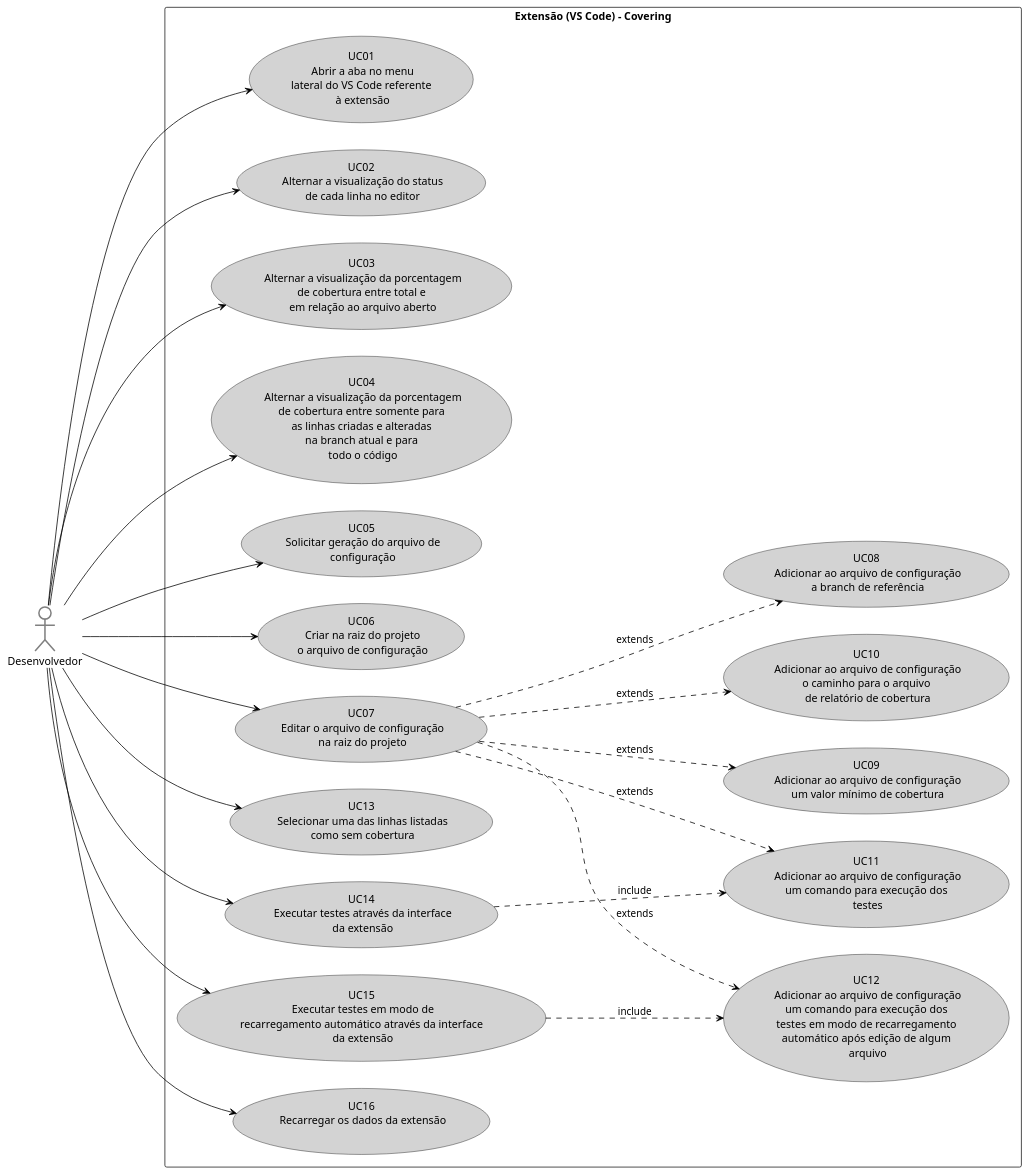
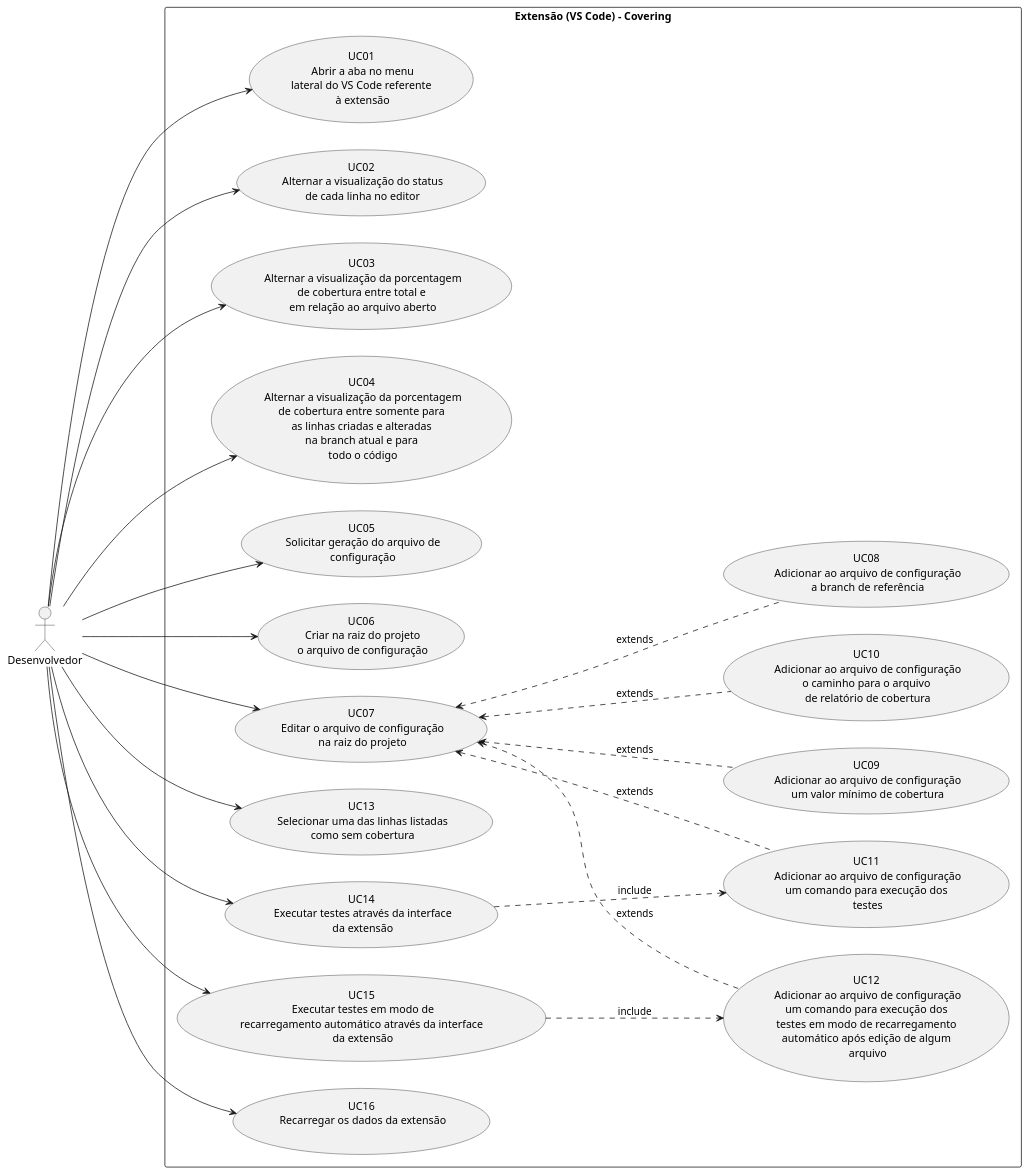
The diagram in Artefatos/Diagrama de Caso de Uso/PlantUML/use-case-diagram.plantuml (ICEI-PUC-Minas-PPLES-TI/plf-es-2022-1-tcci-5308100-dev-arthur-rocha-guilherme-oliveira), drawn with PlantUML before and after one commit. The commit also changed 2 other files, not shown here.

Commit message:
:books: docs: Updating use case diagram
:books: docs: : Updating user case diagram

```diff
--- a/Artefatos/Diagrama de Caso de Uso/PlantUML/use-case-diagram.plantuml
+++ b/Artefatos/Diagrama de Caso de Uso/PlantUML/use-case-diagram.plantuml
@@ -1,59 +1,59 @@
 @startuml
 
 left to right direction
 skinparam packageStyle rectangle
 
-"Desenvolvedor" as Dev #white;line:grey;line.bold;text:black
+"Desenvolvedor" as Dev 
 
 package "Extensão (VS Code) - Covering" {
-  "UC01\n Abrir a aba no menu\n lateral do VS Code referente \n à extensão" as (UC01) #LightGray;line:black;text:black
+  "UC01\n Abrir a aba no menu\n lateral do VS Code referente \n à extensão" as (UC01)
   
-  "UC02\n Alternar a visualização do status\n de cada linha no editor" as (UC02) #LightGray;line:black;text:black
-  "UC03\n Alternar a visualização da porcentagem\n de cobertura entre total e \n em relação ao arquivo aberto" as (UC03) #LightGray;line:black;text:black
-  "UC04\n Alternar a visualização da porcentagem\n de cobertura entre somente para \n as linhas criadas e alteradas \n na branch atual e para \n todo o código" as (UC04) #LightGray;line:black;text:black
+  "UC02\n Alternar a visualização do status\n de cada linha no editor" as (UC02)
+  "UC03\n Alternar a visualização da porcentagem\n de cobertura entre total e \n em relação ao arquivo aberto" as (UC03)
+  "UC04\n Alternar a visualização da porcentagem\n de cobertura entre somente para \n as linhas criadas e alteradas \n na branch atual e para \n todo o código" as (UC04)
   
-  "UC05\n Solicitar geração do arquivo de\n configuração" as (UC05) #LightGray;line:black;text:black
-  "UC06\n Criar na raiz do projeto\n o arquivo de configuração" as (UC06) #LightGray;line:black;text:black
-  "UC07\n Editar o arquivo de configuração\n na raiz do projeto" as (UC07) #LightGray;line:black;text:black
+  "UC05\n Solicitar geração do arquivo de\n configuração" as (UC05)
+  "UC06\n Criar na raiz do projeto\n o arquivo de configuração" as (UC06)
+  "UC07\n Editar o arquivo de configuração\n na raiz do projeto" as (UC07)
   
-  "UC08\n Adicionar ao arquivo de configuração\n a branch de referência" as (UC08) #LightGray;line:black;text:black
-  "UC09\n Adicionar ao arquivo de configuração\n um valor mínimo de cobertura" as (UC09) #LightGray;line:black;text:black
-  "UC10\n Adicionar ao arquivo de configuração\n o caminho para o arquivo \n de relatório de cobertura" as (UC10) #LightGray;line:black;text:black
-  "UC11\n Adicionar ao arquivo de configuração\n um comando para execução dos \n testes" as (UC11) #LightGray;line:black;text:black
-  "UC12\n Adicionar ao arquivo de configuração\n um comando para execução dos \n testes em modo de recarregamento \n automático após edição de algum \n arquivo" as (UC12) #LightGray;line:black;text:black
+  "UC08\n Adicionar ao arquivo de configuração\n a branch de referência" as (UC08)
+  "UC09\n Adicionar ao arquivo de configuração\n um valor mínimo de cobertura" as (UC09)
+  "UC10\n Adicionar ao arquivo de configuração\n o caminho para o arquivo \n de relatório de cobertura" as (UC10)
+  "UC11\n Adicionar ao arquivo de configuração\n um comando para execução dos \n testes" as (UC11)
+  "UC12\n Adicionar ao arquivo de configuração\n um comando para execução dos \n testes em modo de recarregamento \n automático após edição de algum \n arquivo" as (UC12)
   
-  "UC13\n Selecionar uma das linhas listadas\n como sem cobertura" as (UC13) #LightGray;line:black;text:black
+  "UC13\n Selecionar uma das linhas listadas\n como sem cobertura" as (UC13)
 
-  "UC14\n Executar testes através da interface\n da extensão" as (UC14) #LightGray;line:black;text:black
-  "UC15\n Executar testes em modo de\n recarregamento automático através da interface \n da extensão" as (UC15) #LightGray;line:black;text:black
+  "UC14\n Executar testes através da interface\n da extensão" as (UC14)
+  "UC15\n Executar testes em modo de\n recarregamento automático através da interface \n da extensão" as (UC15)
 
-  "UC16\n Recarregar os dados da extensão\n" as (UC16) #LightGray;line:black;text:black
+  "UC16\n Recarregar os dados da extensão\n" as (UC16)
 }
  
-Dev ---> (UC01) #line:black
+Dev ---> (UC01)
 
-Dev ---> (UC02) #line:black
-Dev ---> (UC03) #line:black
-Dev ---> (UC04) #line:black
+Dev ---> (UC02) 
+Dev ---> (UC03) 
+Dev ---> (UC04)
 
-Dev ---> (UC05) #line:black
-Dev ---> (UC06) #line:black
-Dev ---> (UC07) #line:black
+Dev ---> (UC05) 
+Dev ---> (UC06) 
+Dev ---> (UC07)
 
-(UC07) ..down..> (UC08) #line:black : extends 
-(UC07) ..down..> (UC09) #line:black : extends 
-(UC07) ..down..> (UC10) #line:black : extends 
-(UC07) ..down..> (UC11) #line:black : extends 
-(UC07) ..down..> (UC12) #line:black : extends 
+(UC07) <..down.. (UC08) : extends 
+(UC07) <..down.. (UC09) : extends 
+(UC07) <..down.. (UC10) : extends 
+(UC07) <..down.. (UC11) : extends 
+(UC07) <..down.. (UC12) : extends 
  
  
-Dev ---> (UC13) #line:black
+Dev ---> (UC13) 
  
-Dev ---> (UC14) #line:black
-Dev ---> (UC15) #line:black
-(UC14) ..down..> (UC11) #line:black : include  
-(UC15) ..down..> (UC12) #line:black : include 
+Dev ---> (UC14) 
+Dev ---> (UC15) 
+(UC14) ..down..> (UC11) : include  
+(UC15) ..down..> (UC12) : include 
  
-Dev ---> (UC16) #line:black
+Dev ---> (UC16) 
  
 @enduml
```
